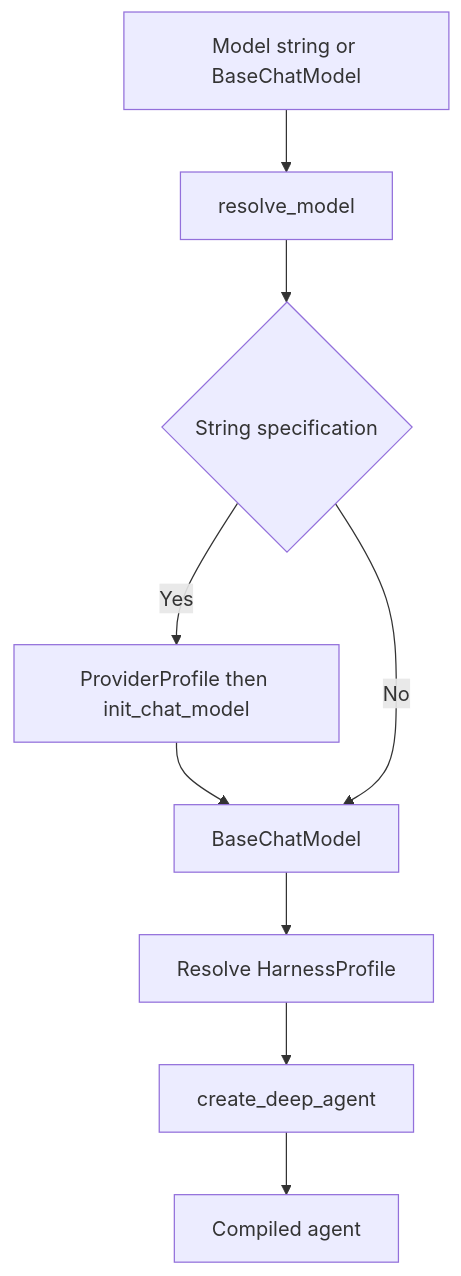
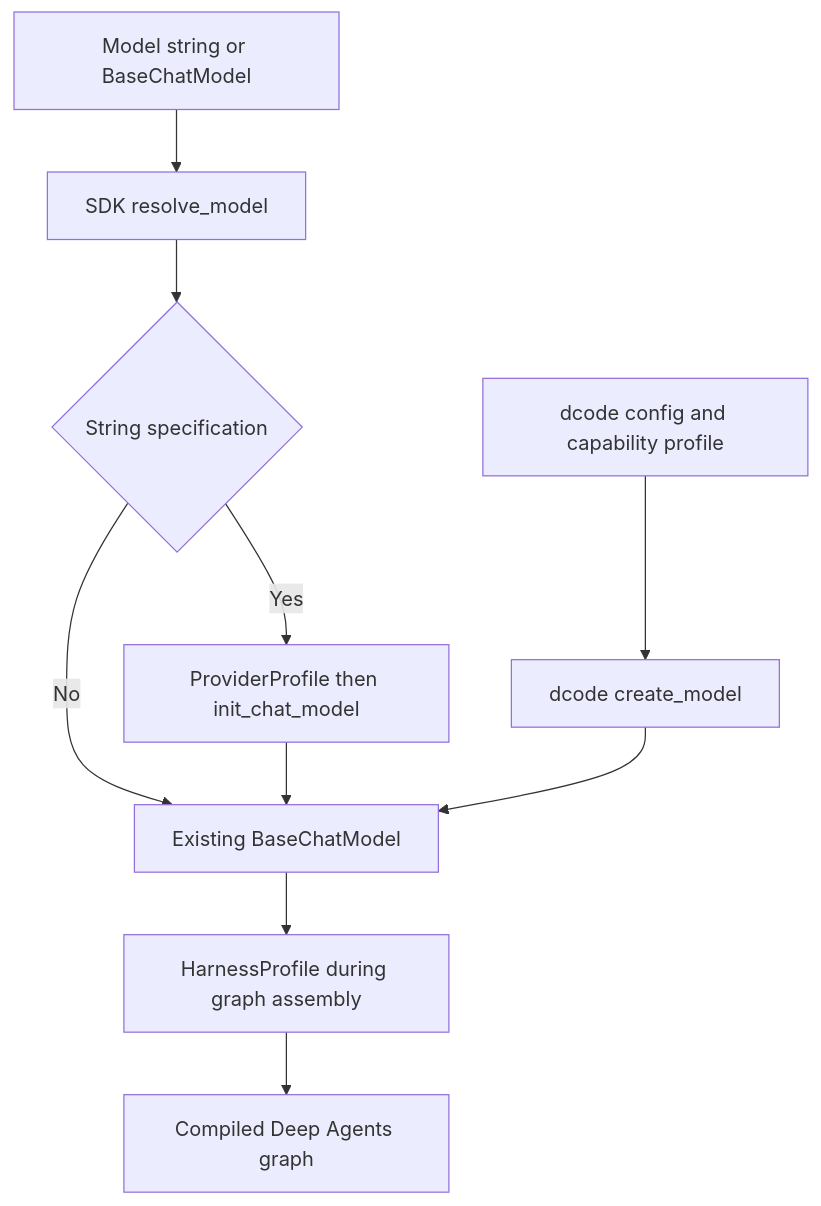
Before and after one commit to langchain-ai/deepagents: the first of 2 diagrams in openwiki/concepts/profiles-models.md, drawn with Mermaid. The commit also changed other lines of this file and 37 other files, not shown here.

````diff
--- a/openwiki/concepts/profiles-models.md
+++ b/openwiki/concepts/profiles-models.md
@@ -56,11 +70,12 @@
 ```mermaid
 flowchart TD
-    Input["Model string or BaseChatModel"] --> Resolve["resolve_model"]
-    Resolve --> StringCheck{"String specification"}
-    StringCheck -->|Yes| Provider["ProviderProfile then init_chat_model"]
-    Provider --> Model["BaseChatModel"]
-    StringCheck -->|No| Model
-    Model --> Harness["Resolve HarnessProfile"]
-    Harness --> Assemble["create_deep_agent"]
-    Assemble --> Agent["Compiled agent"]
+    Input["Model string or BaseChatModel"] --> Resolve["SDK resolve_model"]
+    Resolve --> IsString{"String specification"}
+    IsString -->|Yes| Provider["ProviderProfile then init_chat_model"]
+    IsString -->|No| Model["Existing BaseChatModel"]
+    Provider --> Model
+    Model --> Harness["HarnessProfile during graph assembly"]
+    Harness --> Agent["Compiled Deep Agents graph"]
+    DcodeConfig["dcode config and capability profile"] --> DcodeBuild["dcode create_model"]
+    DcodeBuild --> Model
 ```
````
